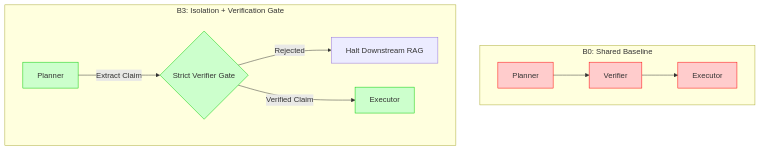
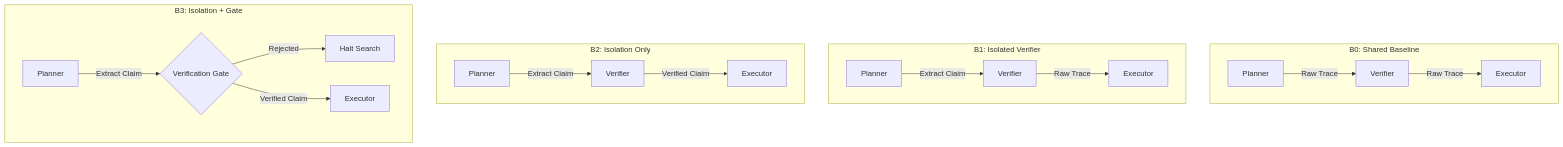
Before and after one commit to HamseMoismaila/IsoBench: the diagram in README.md, drawn with Mermaid. The commit also changed other lines of this file, not shown here.

Commit message:
docs: add clean 4-arm mermaid diagram

````diff
--- a/README.md
+++ b/README.md
@@ -37,19 +37,23 @@
 ```mermaid
 graph TD
     subgraph B0: Shared Baseline
-        P0[Planner] --> V0[Verifier]
-        V0 --> E0[Executor]
-        style P0 fill:#ffcccc,stroke:#ff0000
-        style V0 fill:#ffcccc,stroke:#ff0000
-        style E0 fill:#ffcccc,stroke:#ff0000
+        P0[Planner] -- "Raw Trace" --> V0[Verifier]
+        V0 -- "Raw Trace" --> E0[Executor]
     end
 
-    subgraph B3: Isolation + Verification Gate
-        P3[Planner] -- "Extract Claim" --> V3{Strict Verifier Gate}
-        V3 -- "Rejected" --> H[Halt Downstream RAG]
+    subgraph B1: Isolated Verifier
+        P1[Planner] -- "Extract Claim" --> V1[Verifier]
+        V1 -- "Raw Trace" --> E1[Executor]
+    end
+
+    subgraph B2: Isolation Only
+        P2[Planner] -- "Extract Claim" --> V2[Verifier]
+        V2 -- "Verified Claim" --> E2[Executor]
+    end
+
+    subgraph B3: Isolation + Gate
+        P3[Planner] -- "Extract Claim" --> V3{Verification Gate}
+        V3 -- "Rejected" --> H[Halt Search]
         V3 -- "Verified Claim" --> E3[Executor]
-        style P3 fill:#ccffcc,stroke:#00cc00
-        style V3 fill:#ccffcc,stroke:#00cc00
-        style E3 fill:#ccffcc,stroke:#00cc00
     end
 ```
````
